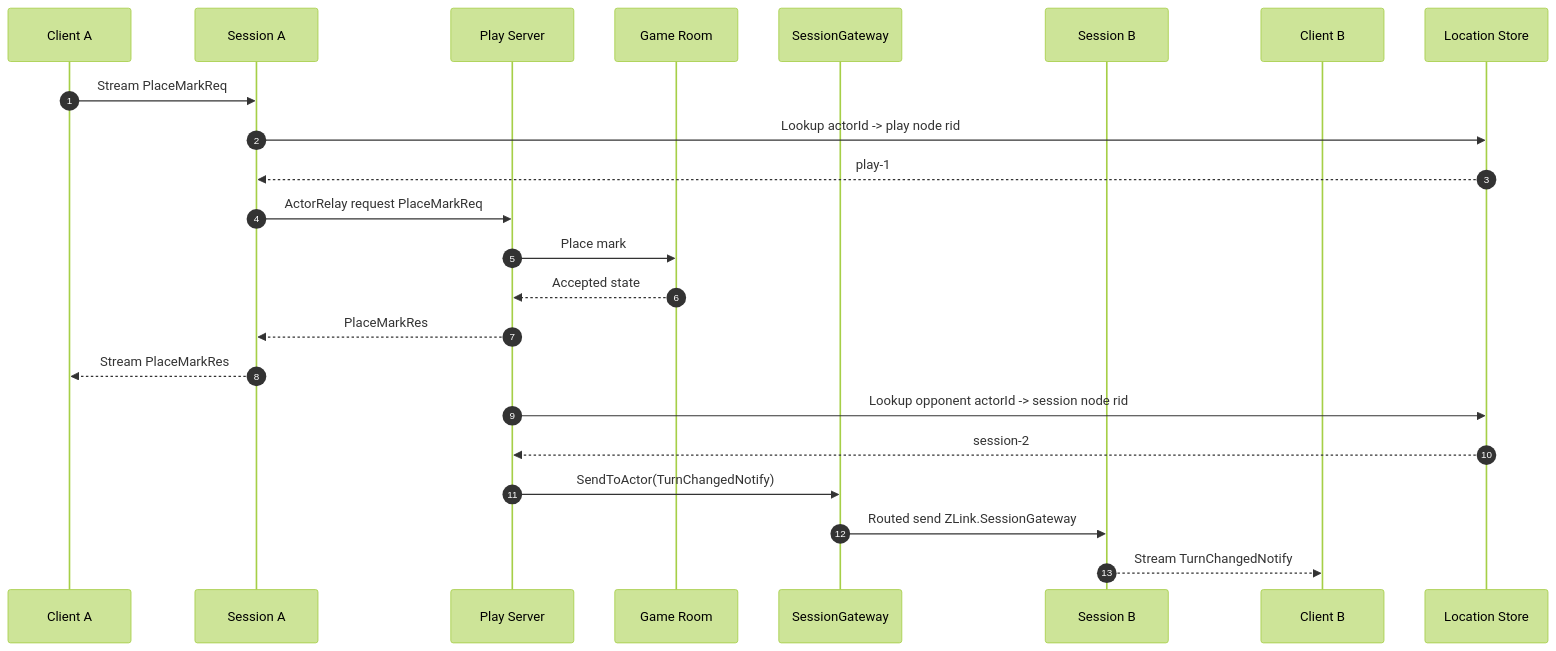
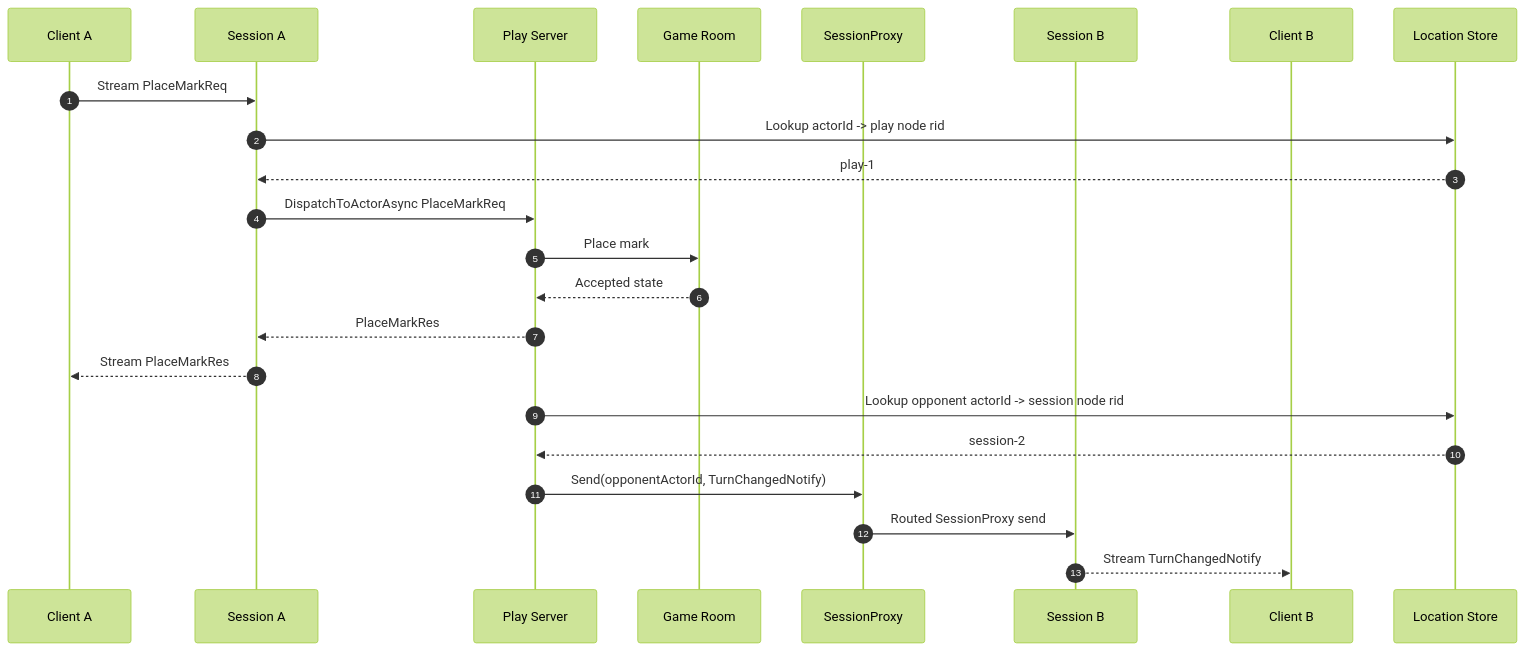
Before and after one commit to kairos-code-dev/zlink: the fifth of 7 diagrams in framework/doc/spec/sample/tictactoe/session-gateway.ko.md, drawn with Mermaid (forest theme). The commit also changed other lines of this file and 41 other files, not shown here.

Commit message:
Update spot runtime and session actor dispatch plan

````diff
--- a/framework/doc/spec/sample/tictactoe/session-gateway.ko.md
+++ b/framework/doc/spec/sample/tictactoe/session-gateway.ko.md
@@ -287,26 +288,26 @@
 ```mermaid
 sequenceDiagram
     autonumber
     participant CA as Client A
     participant SA as Session A
     participant PA as Play Server
     participant ROOM as Game Room
-    participant GW as SessionGateway
+    participant SP as SessionProxy
     participant SB as Session B
     participant CB as Client B
     participant STORE as Location Store
 
     CA->>SA: Stream PlaceMarkReq
     SA->>STORE: Lookup actorId -> play node rid
     STORE-->>SA: play-1
-    SA->>PA: ActorRelay request PlaceMarkReq
+    SA->>PA: DispatchToActorAsync PlaceMarkReq
     PA->>ROOM: Place mark
     ROOM-->>PA: Accepted state
     PA-->>SA: PlaceMarkRes
     SA-->>CA: Stream PlaceMarkRes
     PA->>STORE: Lookup opponent actorId -> session node rid
     STORE-->>PA: session-2
-    PA->>GW: SendToActor(TurnChangedNotify)
-    GW->>SB: Routed send ZLink.SessionGateway
+    PA->>SP: Send(opponentActorId, TurnChangedNotify)
+    SP->>SB: Routed SessionProxy send
     SB-->>CB: Stream TurnChangedNotify
 ```
````
